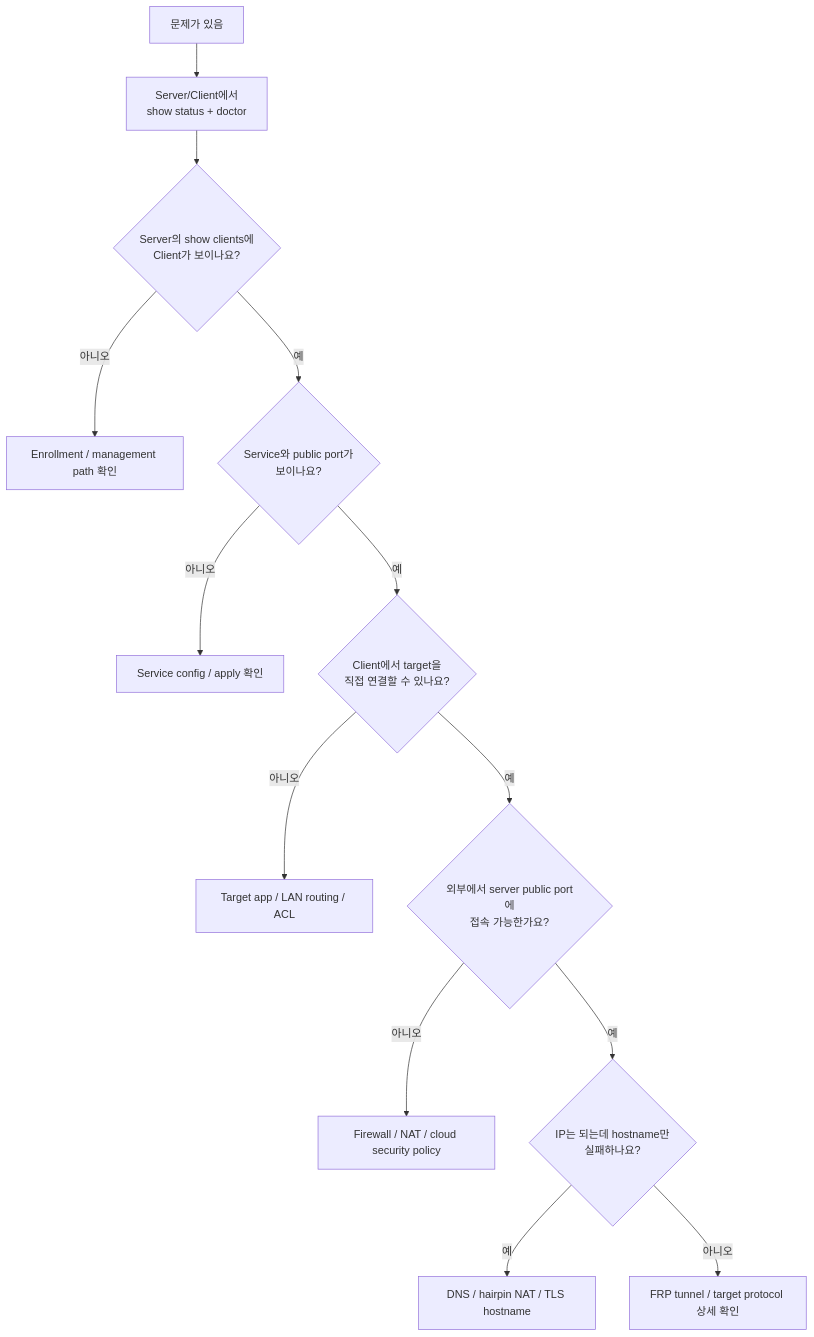
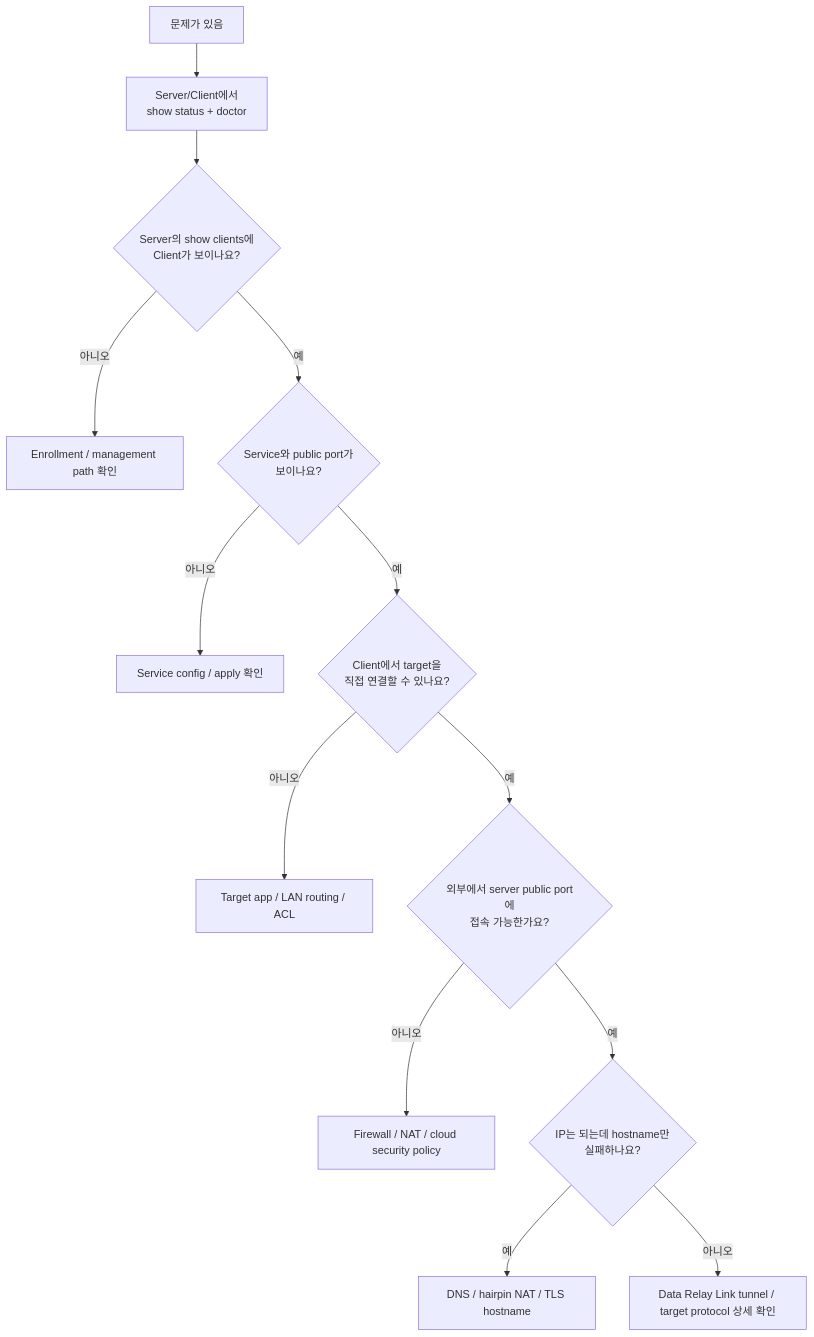
Before and after one commit to datarelay-labs/data-relay-link-docs: the first of 3 diagrams in ko/operations/troubleshooting.mdx, drawn with Mermaid. The commit also changed other lines of this file and 32 other files, not shown here.

````diff
--- a/ko/operations/troubleshooting.mdx
+++ b/ko/operations/troubleshooting.mdx
@@ -12,15 +12,15 @@
 ```mermaid
 flowchart TD
     A[문제가 있음] --> B[Server/Client에서\nshow status + doctor]
     B --> C{Server의 show clients에\nClient가 보이나요?}
     C -->|아니오| E[Enrollment / management path 확인]
     C -->|예| F{Service와 public port가\n보이나요?}
     F -->|아니오| G[Service config / apply 확인]
     F -->|예| H{Client에서 target을\n직접 연결할 수 있나요?}
     H -->|아니오| I[Target app / LAN routing / ACL]
     H -->|예| J{외부에서 server public port에\n접속 가능한가요?}
     J -->|아니오| K[Firewall / NAT / cloud security policy]
     J -->|예| L{IP는 되는데 hostname만\n실패하나요?}
     L -->|예| M[DNS / hairpin NAT / TLS hostname]
-    L -->|아니오| N[FRP tunnel / target protocol 상세 확인]
+    L -->|아니오| N[Data Relay Link tunnel / target protocol 상세 확인]
 ```
````
